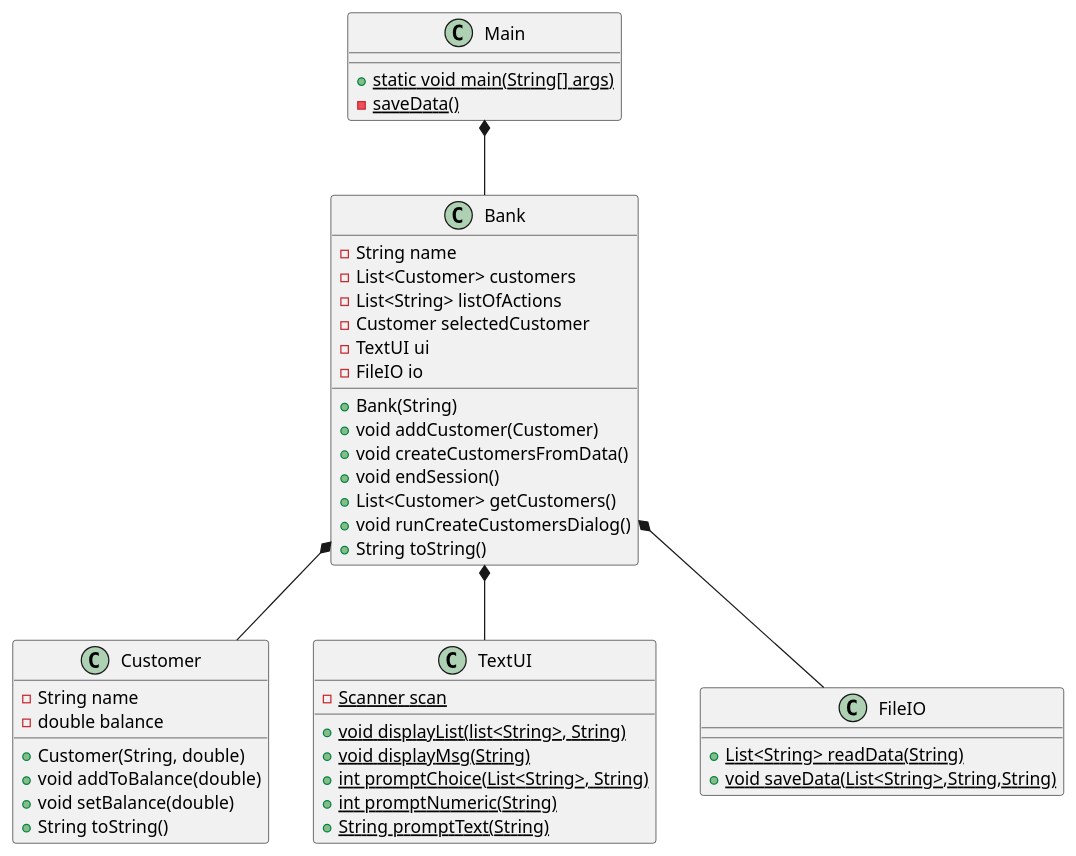
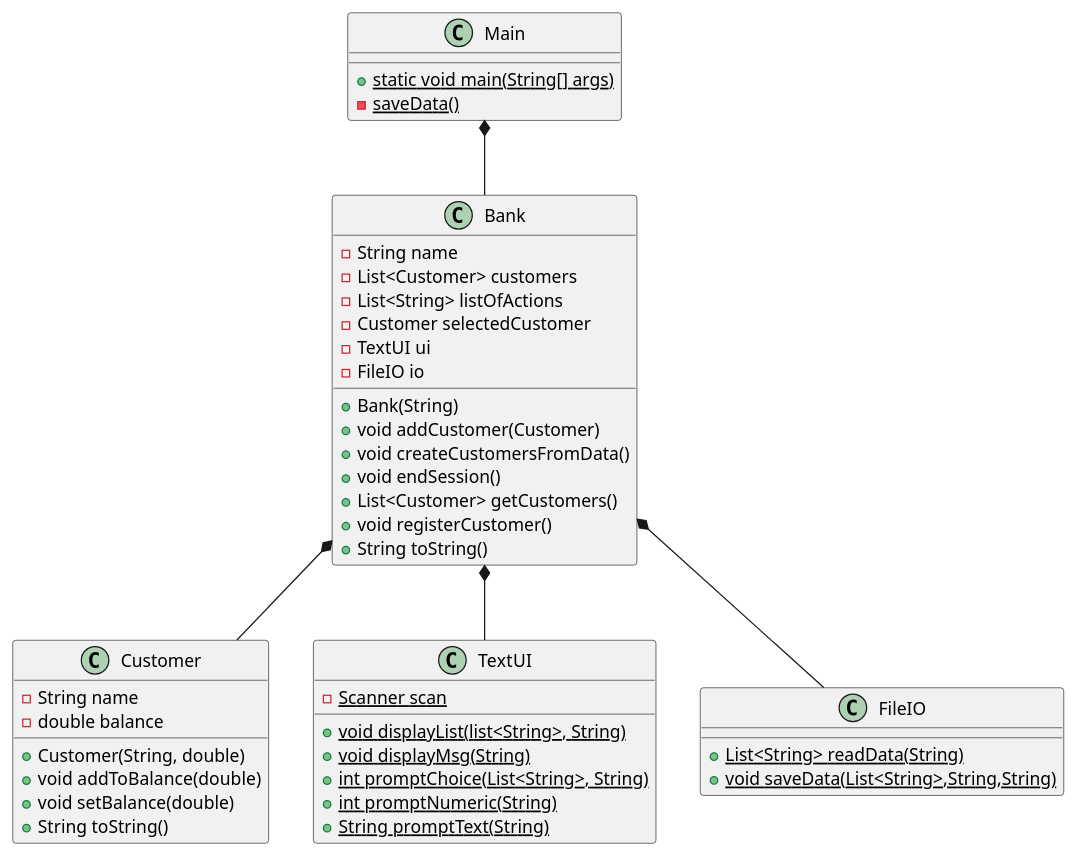
The diagram in doc/classdiagram.puml (Dat1Cphbusiness/MonopolyE24), drawn with PlantUML before and after one commit. The commit also changed 2 other files, not shown here.

Commit message:
registerCustomer

```diff
--- a/doc/classdiagram.puml
+++ b/doc/classdiagram.puml
@@ -1,54 +1,54 @@
 @startuml
 class Main{
  {static}+ static void main(String[] args)
  {static}- saveData()
 }
 
 class Bank{
  - String name
  - List<Customer> customers
  - List<String> listOfActions
  - Customer selectedCustomer
  - TextUI ui
  - FileIO io
 
  + Bank(String)
  + void addCustomer(Customer)
  + void createCustomersFromData()
  + void endSession()
  + List<Customer> getCustomers()
- + void runCreateCustomersDialog()
+ + void registerCustomer()
  + String toString()
 }
 
 class Customer{
  - String name
  - double balance
  + Customer(String, double)
  + void addToBalance(double)
  + void setBalance(double)
  + String toString()
 
 }
 
 class TextUI{
  {static}- Scanner scan
  {static}+ void displayList(list<String>, String)
  {static}+ void displayMsg(String)
  {static}+ int promptChoice(List<String>, String)
  {static}+int promptNumeric(String)
  {static}+ String promptText(String)
 
 }
 class FileIO{
 {static}+List<String> readData(String)
 {static}+void saveData(List<String>,String,String)
 }
 
 
 Main *-- Bank
 Bank *-- Customer
 Bank *-- TextUI
 Bank *-- FileIO
 
 @enduml
```
